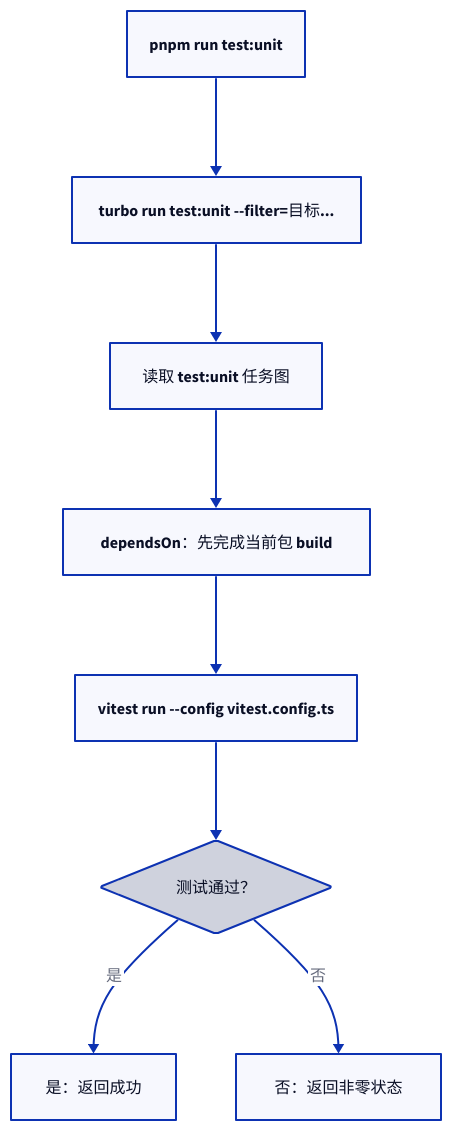
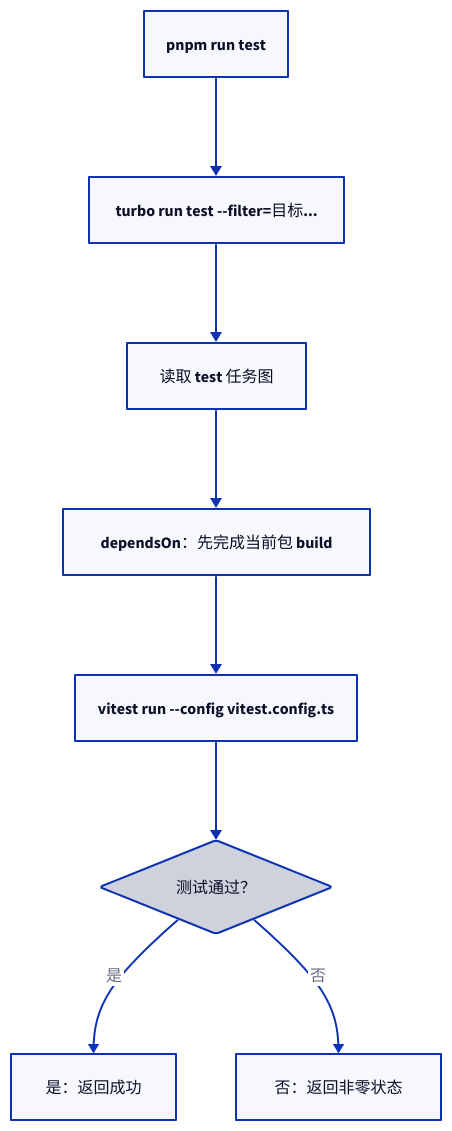
Before and after one commit to tnnevol/fn-os-apps: the fifth of 13 diagrams in docs/development/package-tasks-and-turbo.md, drawn with D2. The commit also changed other lines of this file and 11 other files, not shown here.

Commit message:
refactor(test): drop test:unit alias and standardize on test

````diff
--- a/docs/development/package-tasks-and-turbo.md
+++ b/docs/development/package-tasks-and-turbo.md
@@ -223,19 +222,19 @@
 ```d2
 direction: down
 
-command: "pnpm run test:unit"
-turbo: "turbo run test:unit --filter=目标..."
-graph: "读取 test:unit 任务图"
+command: "pnpm run test"
+turbo: "turbo run test --filter=目标..."
+graph: "读取 test 任务图"
 build: "dependsOn：先完成当前包 build"
 run: "vitest run --config vitest.config.ts"
 status: {
   label: "测试通过？"
   shape: diamond
 }
 result: "是：返回成功"
 fail: "否：返回非零状态"
 
 command -> turbo -> graph -> build -> run -> status
 status -> result: 是
 status -> fail: 否
 ```
````
